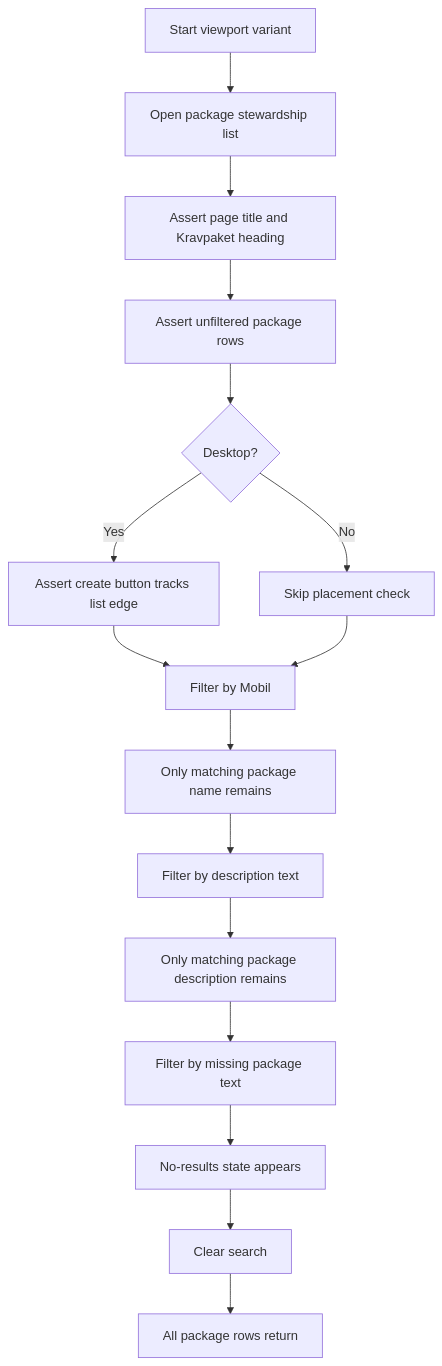
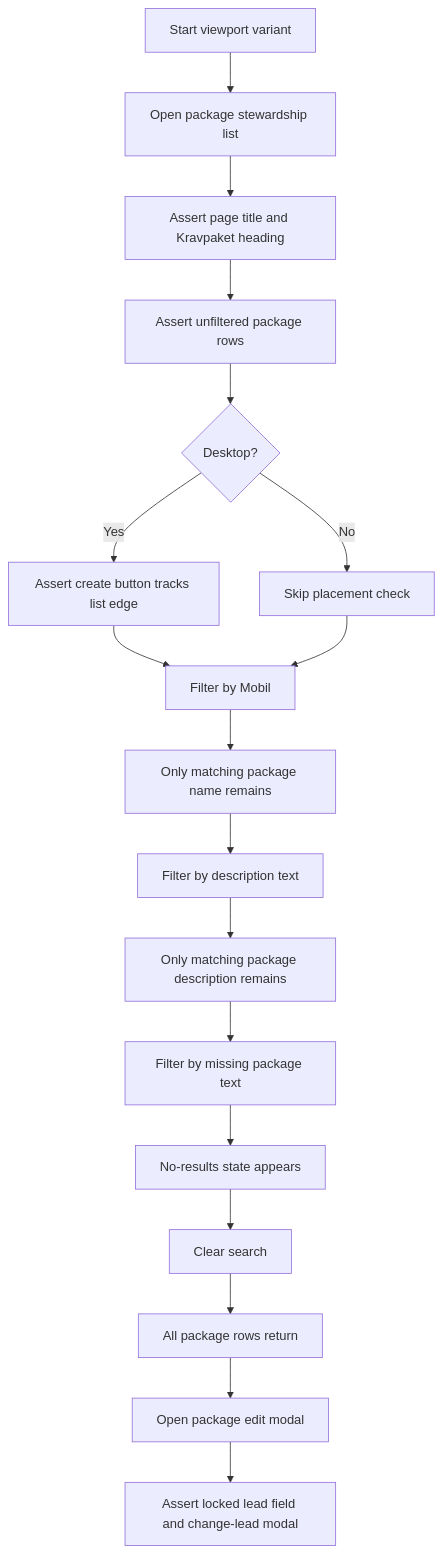
One commit to viscalyx/Kravhantering changed the first of 3 diagrams in tests/integration/requirement-packages-list.md. Above: the diagram before and after it, drawn with Mermaid. The commit also changed other lines of this file and 351 other files, not shown here.

````diff
--- a/tests/integration/requirement-packages-list.md
+++ b/tests/integration/requirement-packages-list.md
@@ -14,18 +15,20 @@
 ```mermaid
 flowchart TD
     A[Start viewport variant] --> B[Open package stewardship list]
     B --> C[Assert page title and Kravpaket heading]
     C --> D[Assert unfiltered package rows]
     D --> E{Desktop?}
     E -- Yes --> F[Assert create button tracks list edge]
     E -- No --> G[Skip placement check]
     F --> H[Filter by Mobil]
     G --> H
     H --> I[Only matching package name remains]
     I --> J[Filter by description text]
     J --> K[Only matching package description remains]
     K --> L[Filter by missing package text]
     L --> M[No-results state appears]
     M --> N[Clear search]
     N --> O[All package rows return]
+    O --> P[Open package edit modal]
+    P --> Q[Assert locked lead field and change-lead modal]
 ```
````
